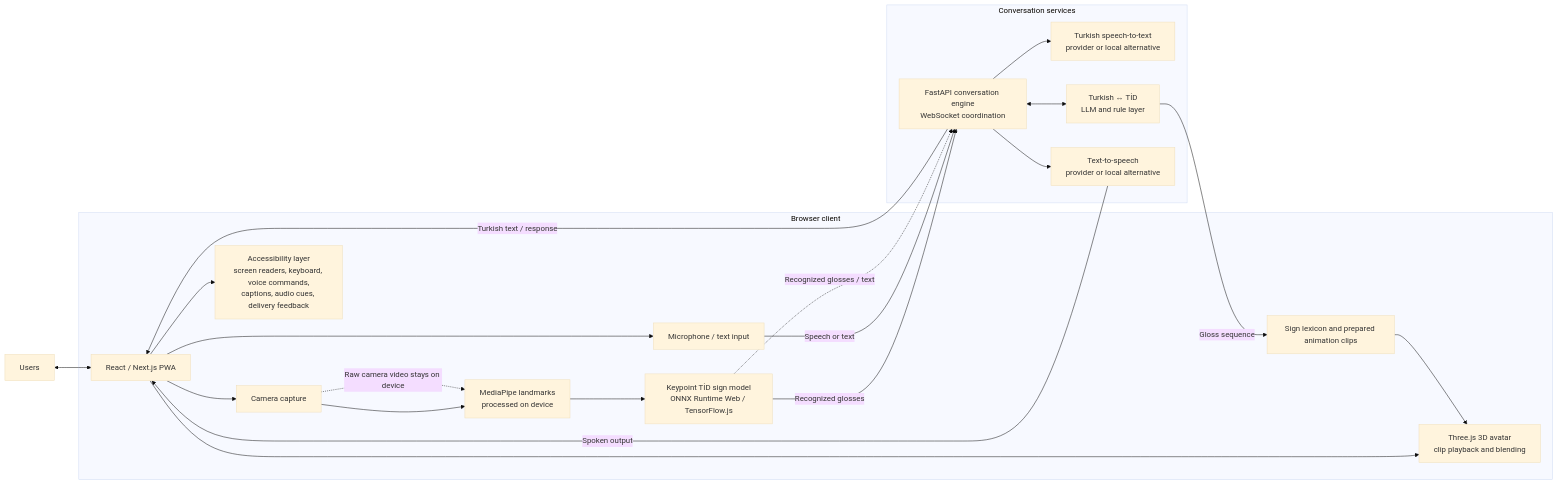
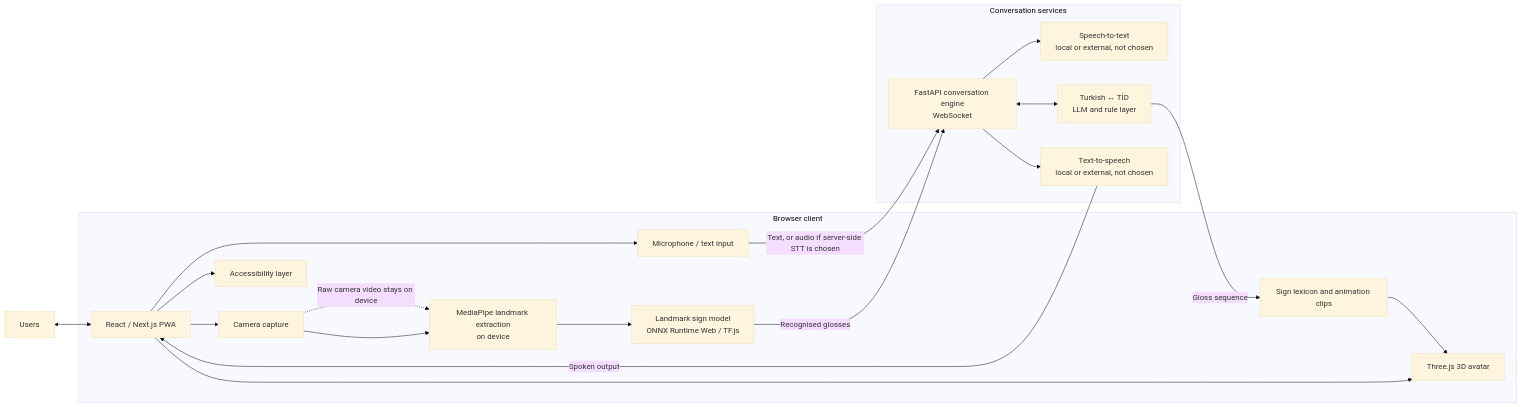
One commit to EgeErdem35/signBridge changed the diagram in docs/SB-8_Project_Proposal_and_Scope.md. Above: the diagram before and after it, drawn with Mermaid (base theme). The commit also changed other lines of this file and 8 other files, not shown here.

````diff
--- a/docs/SB-8_Project_Proposal_and_Scope.md
+++ b/docs/SB-8_Project_Proposal_and_Scope.md
@@ -17,29 +34,24 @@
 ```mermaid
 flowchart LR
   U[Users] <--> PWA[React / Next.js PWA]
-
   subgraph Client["Browser client"]
     PWA --> CAM[Camera capture]
-    CAM --> MP[MediaPipe landmarks<br/>processed on device]
-    MP --> MODEL[Keypoint TİD sign model<br/>ONNX Runtime Web / TensorFlow.js]
+    CAM --> MP[MediaPipe landmark extraction<br/>on device]
+    MP --> MODEL[Landmark sign model<br/>ONNX Runtime Web / TF.js]
     PWA --> AUDIO[Microphone / text input]
-    PWA --> A11Y[Accessibility layer<br/>screen readers, keyboard, voice commands,<br/>captions, audio cues, delivery feedback]
-    PWA --> AVATAR[Three.js 3D avatar<br/>clip playback and blending]
-    LIB[Sign lexicon and prepared animation clips] --> AVATAR
+    PWA --> A11Y[Accessibility layer]
+    PWA --> AVATAR[Three.js 3D avatar]
+    LIB[Sign lexicon and animation clips] --> AVATAR
   end
-
   subgraph Services["Conversation services"]
-    API[FastAPI conversation engine<br/>WebSocket coordination]
-    MODEL -->|Recognized glosses| API
-    AUDIO -->|Speech or text| API
-    API --> STT[Turkish speech-to-text<br/>provider or local alternative]
+    API[FastAPI conversation engine<br/>WebSocket]
+    MODEL -->|Recognised glosses| API
+    AUDIO -->|Text, or audio if server-side STT is chosen| API
+    API --> STT[Speech-to-text<br/>local or external, not chosen]
     API <--> TRANS[Turkish ↔ TİD<br/>LLM and rule layer]
     TRANS -->|Gloss sequence| LIB
-    API -->|Turkish text / response| PWA
-    API --> TTS[Text-to-speech<br/>provider or local alternative]
+    API --> TTS[Text-to-speech<br/>local or external, not chosen]
     TTS -->|Spoken output| PWA
   end
-
   CAM -. "Raw camera video stays on device" .-> MP
-  MODEL -. "Recognized glosses / text" .-> API
 ```
````
